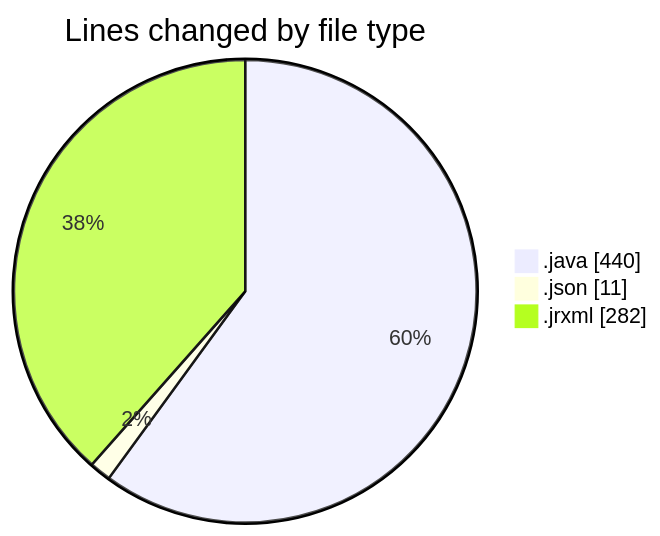
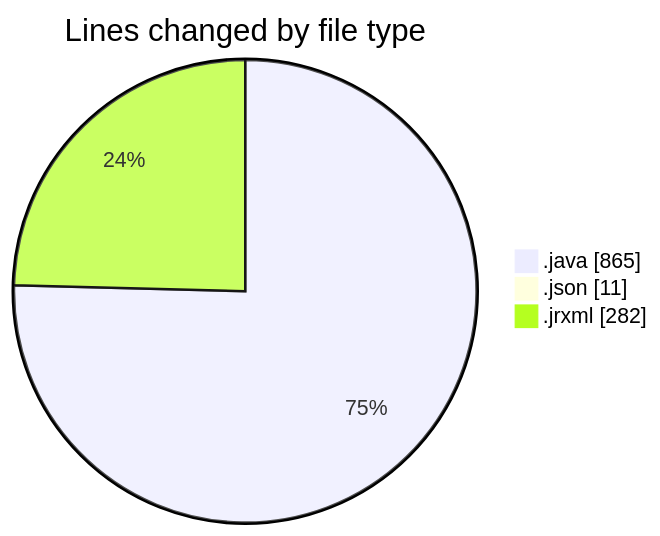
Before and after one commit to ricardozamudiocil/code-tracking: the first of 2 diagrams in 2026-09-16/cilreports__workspace_/README.md, drawn with Mermaid. The commit also changed other lines of this file and 1 other file, not shown here.

````diff
--- a/2026-09-16/cilreports__workspace_/README.md
+++ b/2026-09-16/cilreports__workspace_/README.md
@@ -23,7 +26,7 @@
 ```mermaid
 pie showData
 title Lines changed by file type
-".java" : 440
+".java" : 865
 ".json" : 11
 ".jrxml" : 282
 ```
````
